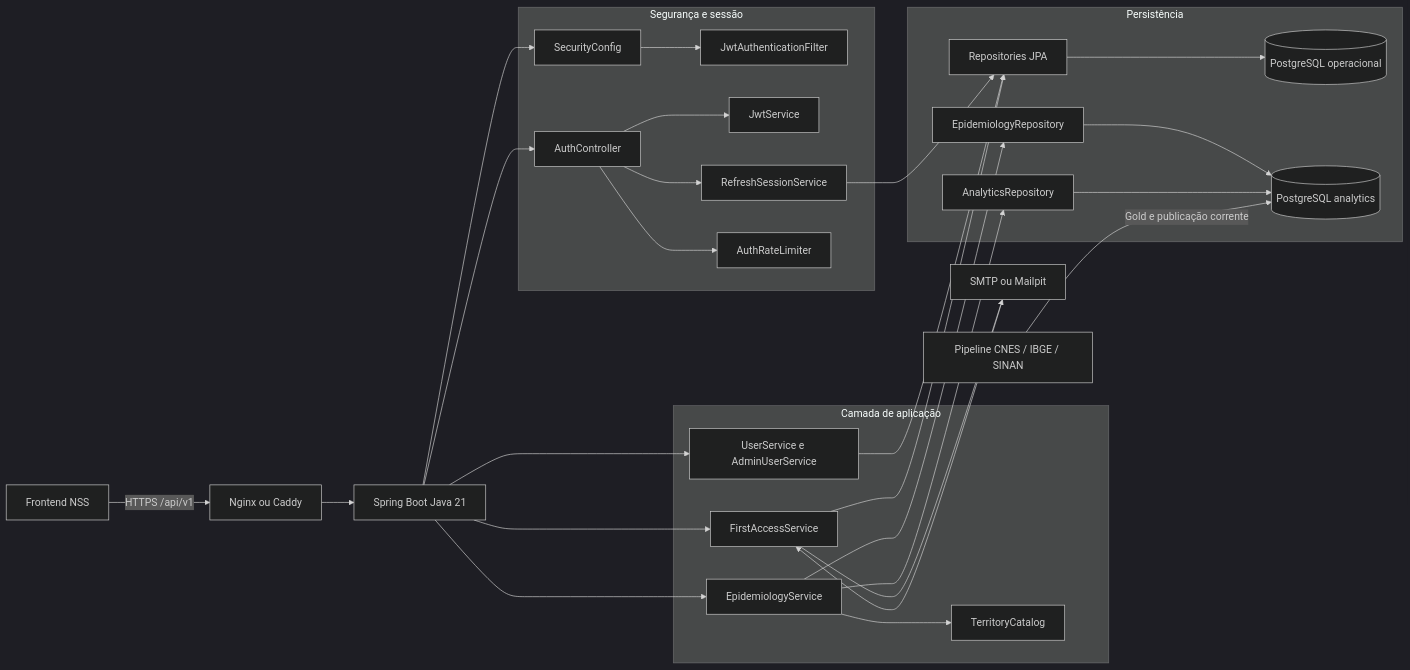
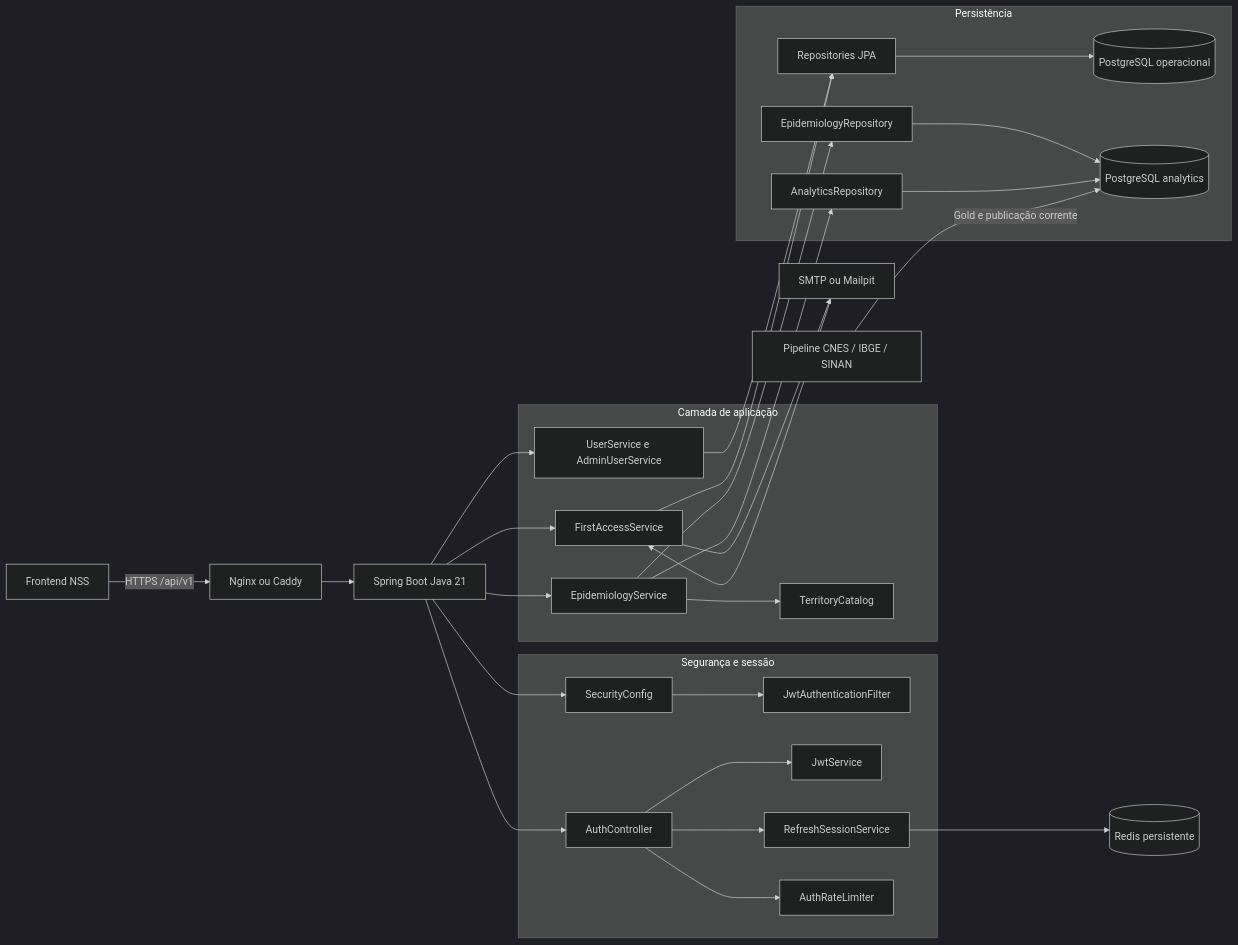
Before and after one commit to ArtursPereira/Site-Sala-de-Situa-o-de-Saude-Java: the diagram in readme.md, drawn with Mermaid (dark theme). The commit also changed other lines of this file and 8 other files, not shown here.

````diff
--- a/readme.md
+++ b/readme.md
@@ -25,54 +26,54 @@
 ```mermaid
 flowchart LR
     Browser[Frontend NSS] -->|HTTPS /api/v1| Proxy[Nginx ou Caddy]
     Proxy --> API[Spring Boot Java 21]
 
     subgraph Security[Segurança e sessão]
         Filter[JwtAuthenticationFilter]
         Config[SecurityConfig]
         Auth[AuthController]
         JWT[JwtService]
         Refresh[RefreshSessionService]
         Rate[AuthRateLimiter]
     end
 
     API --> Config
     Config --> Filter
     API --> Auth
     Auth --> JWT
     Auth --> Refresh
     Auth --> Rate
 
     subgraph UseCases[Camada de aplicação]
         Epidemiology[EpidemiologyService]
         Territory[TerritoryCatalog]
         Users[UserService e AdminUserService]
         FirstAccess[FirstAccessService]
     end
 
     API --> Epidemiology
     API --> Users
     API --> FirstAccess
     Epidemiology --> Territory
 
     subgraph Persistence[Persistência]
         MainDB[(PostgreSQL operacional)]
         AnalyticsDB[(PostgreSQL analytics)]
         JPA[Repositories JPA]
         JDBC[EpidemiologyRepository]
         Legacy[AnalyticsRepository]
     end
 
     Users --> JPA
     FirstAccess --> JPA
-    Refresh --> JPA
+    Refresh --> Redis[(Redis persistente)]
     JPA --> MainDB
     Epidemiology --> JDBC
     Epidemiology --> Legacy
     JDBC --> AnalyticsDB
     Legacy --> AnalyticsDB
 
     Pipeline[Pipeline CNES / IBGE / SINAN] -->|Gold e publicação corrente| AnalyticsDB
     Mail[SMTP ou Mailpit] --> FirstAccess
     FirstAccess --> Mail
 ```
````
